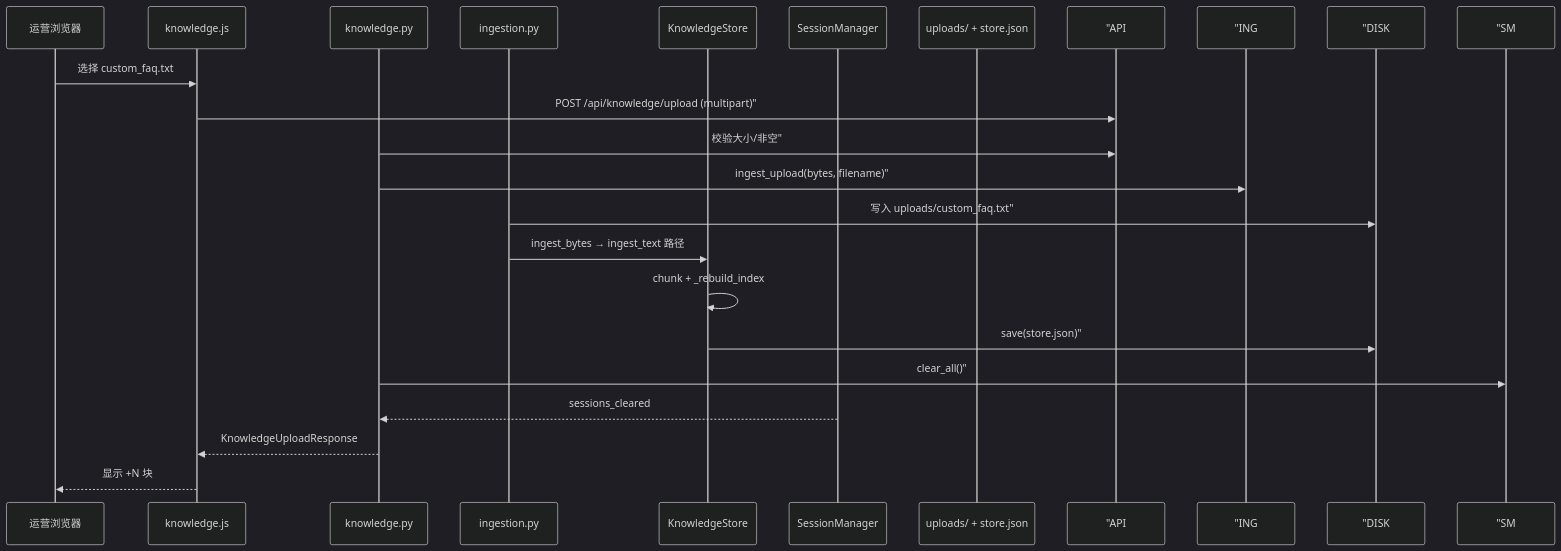
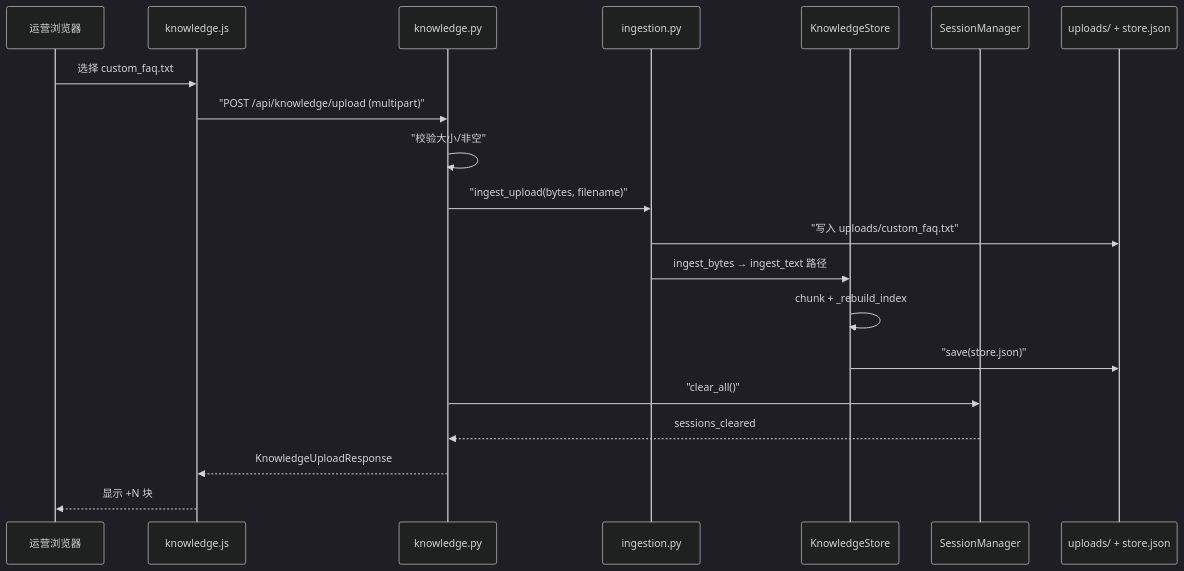
The first of 3 diagrams in course/day25/04_流程图与示意图.md (ab6539763/70_days_course_plus), drawn with Mermaid (dark theme) before and after one commit. The commit also changed other lines of this file and 80 other files, not shown here.

First line of the commit message:
fix(course): 修复 Mermaid 图表渲染报错 + 同步嵌入代码快照

````diff
--- a/course/day25/04_流程图与示意图.md
+++ b/course/day25/04_流程图与示意图.md
@@ -5,23 +5,23 @@
 ```mermaid
 sequenceDiagram
     participant U as 运营浏览器
     participant JS as knowledge.js
     participant API as knowledge.py
     participant ING as ingestion.py
     participant KS as KnowledgeStore
     participant SM as SessionManager
     participant DISK as uploads/ + store.json
 
     U->>JS: 选择 custom_faq.txt
-    JS->> "API: POST /api/knowledge/upload (multipart)"
-    API->> "API: 校验大小/非空"
-    API->> "ING: ingest_upload(bytes, filename)"
-    ING->> "DISK: 写入 uploads/custom_faq.txt"
+    JS->>API: "POST /api/knowledge/upload (multipart)"
+    API->>API: "校验大小/非空"
+    API->>ING: "ingest_upload(bytes, filename)"
+    ING->>DISK: "写入 uploads/custom_faq.txt"
     ING->>KS: ingest_bytes → ingest_text 路径
     KS->>KS: chunk + _rebuild_index
-    KS->> "DISK: save(store.json)"
-    API->> "SM: clear_all()"
+    KS->>DISK: "save(store.json)"
+    API->>SM: "clear_all()"
     SM-->>API: sessions_cleared
     API-->>JS: KnowledgeUploadResponse
     JS-->>U: 显示 +N 块
 ```
````
